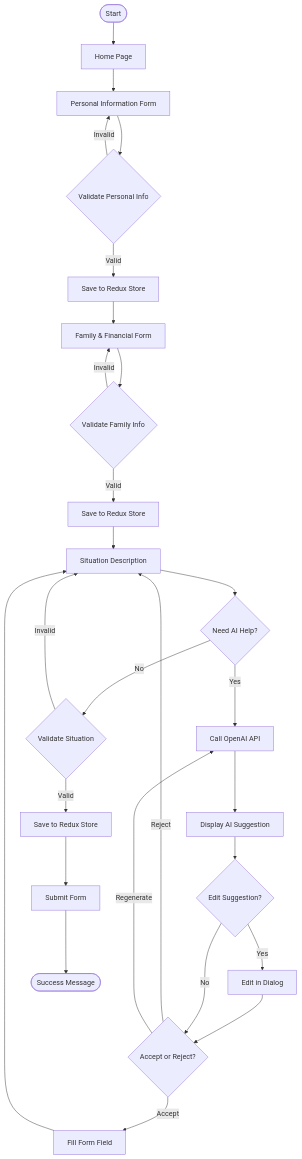
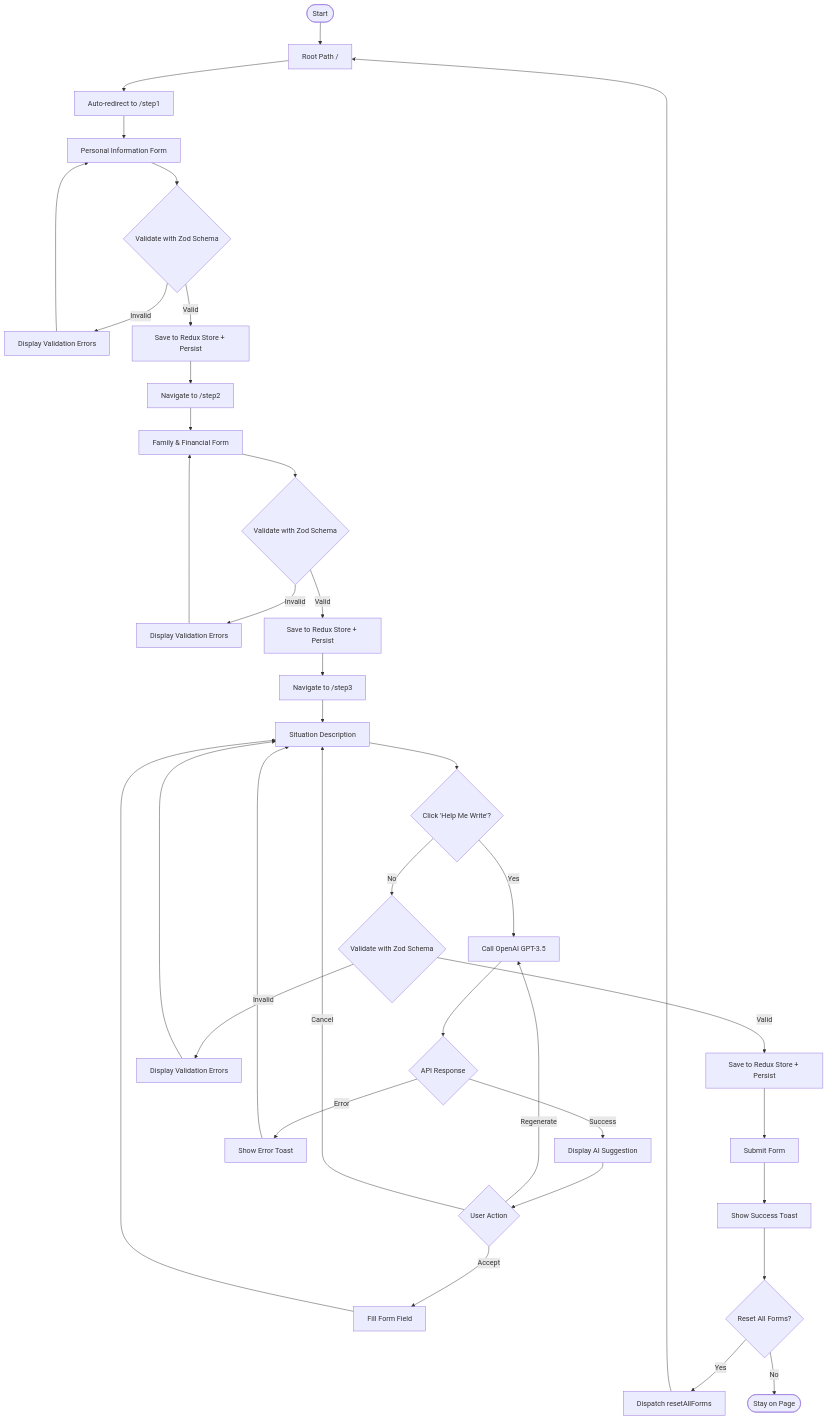
Before and after one commit to pooyagolchian/social-support-app: the first of 5 diagrams in docs/flow-diagram.md, drawn with Mermaid. The commit also changed other lines of this file and 1 other file, not shown here.

Commit message:
docs: update flow diagrams and application architecture in documentation; enhance clarity on validation and navigation processes

````diff
--- a/docs/flow-diagram.md
+++ b/docs/flow-diagram.md
@@ -5,33 +5,44 @@
 ```mermaid
 graph TD
-    Start([Start]) --> HomePage[Home Page]
-    HomePage --> PersonalInfo[Personal Information Form]
+    Start([Start]) --> Root[Root Path /]
+    Root --> AutoRedirect[Auto-redirect to /step1]
+    AutoRedirect --> PersonalInfo[Personal Information Form]
 
-    PersonalInfo --> ValidatePersonal{Validate Personal Info}
-    ValidatePersonal -->|Invalid| PersonalInfo
-    ValidatePersonal -->|Valid| SavePersonal[Save to Redux Store]
-    SavePersonal --> FamilyFinancial[Family & Financial Form]
+    PersonalInfo --> ValidatePersonal{Validate with Zod Schema}
+    ValidatePersonal -->|Invalid| ShowErrors[Display Validation Errors]
+    ShowErrors --> PersonalInfo
+    ValidatePersonal -->|Valid| SavePersonal[Save to Redux Store + Persist]
+    SavePersonal --> NavigateFamily[Navigate to /step2]
+    NavigateFamily --> FamilyFinancial[Family & Financial Form]
 
-    FamilyFinancial --> ValidateFamily{Validate Family Info}
-    ValidateFamily -->|Invalid| FamilyFinancial
-    ValidateFamily -->|Valid| SaveFamily[Save to Redux Store]
-    SaveFamily --> SituationDesc[Situation Description]
+    FamilyFinancial --> ValidateFamily{Validate with Zod Schema}
+    ValidateFamily -->|Invalid| ShowFamilyErrors[Display Validation Errors]
+    ShowFamilyErrors --> FamilyFinancial
+    ValidateFamily -->|Valid| SaveFamily[Save to Redux Store + Persist]
+    SaveFamily --> NavigateSituation[Navigate to /step3]
+    NavigateSituation --> SituationDesc[Situation Description]
 
-    SituationDesc --> AIHelp{Need AI Help?}
-    AIHelp -->|Yes| OpenAIAPI[Call OpenAI API]
-    OpenAIAPI --> DisplaySuggestion[Display AI Suggestion]
-    DisplaySuggestion --> EditSuggestion{Edit Suggestion?}
-    EditSuggestion -->|Yes| EditDialog[Edit in Dialog]
-    EditDialog --> AcceptReject{Accept or Reject?}
-    EditSuggestion -->|No| AcceptReject
-    AcceptReject -->|Accept| FillField[Fill Form Field]
-    AcceptReject -->|Reject| SituationDesc
-    AcceptReject -->|Regenerate| OpenAIAPI
+    SituationDesc --> AIHelp{Click 'Help Me Write'?}
+    AIHelp -->|Yes| OpenAIAPI[Call OpenAI GPT-3.5]
+    OpenAIAPI --> HandleAPIResponse{API Response}
+    HandleAPIResponse -->|Success| DisplaySuggestion[Display AI Suggestion]
+    HandleAPIResponse -->|Error| ShowAPIError[Show Error Toast]
+    ShowAPIError --> SituationDesc
+
+    DisplaySuggestion --> UserAction{User Action}
+    UserAction -->|Accept| FillField[Fill Form Field]
+    UserAction -->|Regenerate| OpenAIAPI
+    UserAction -->|Cancel| SituationDesc
     FillField --> SituationDesc
 
-    AIHelp -->|No| ValidateSituation{Validate Situation}
-    ValidateSituation -->|Invalid| SituationDesc
-    ValidateSituation -->|Valid| SaveSituation[Save to Redux Store]
+    AIHelp -->|No| ValidateSituation{Validate with Zod Schema}
+    ValidateSituation -->|Invalid| ShowSituationErrors[Display Validation Errors]
+    ShowSituationErrors --> SituationDesc
+    ValidateSituation -->|Valid| SaveSituation[Save to Redux Store + Persist]
     SaveSituation --> SubmitForm[Submit Form]
-    SubmitForm --> Success([Success Message])
+    SubmitForm --> ShowToast[Show Success Toast]
+    ShowToast --> ResetForm{Reset All Forms?}
+    ResetForm -->|Yes| ClearRedux[Dispatch resetAllForms]
+    ClearRedux --> Root
+    ResetForm -->|No| End([Stay on Page])
 ```
````
